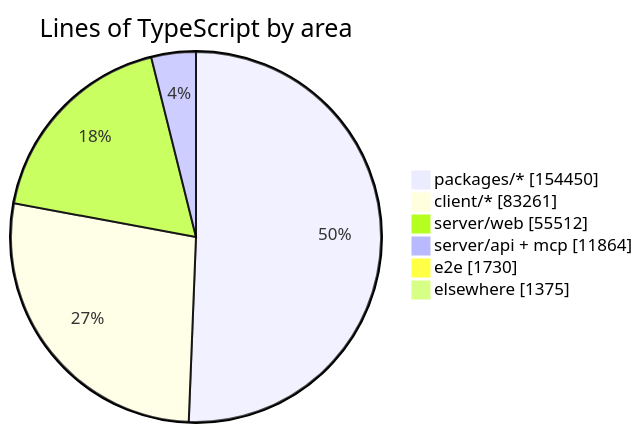
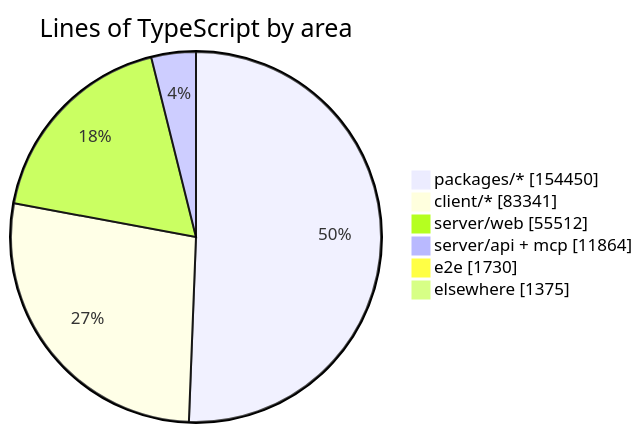
Before and after one commit to crossworks-engineering/mantle: the diagram in README.md, drawn with Mermaid. The commit also changed other lines of this file and 4 other files, not shown here.

````diff
--- a/README.md
+++ b/README.md
@@ -279,9 +279,9 @@
 ```mermaid
 pie showData title Lines of TypeScript by area
     "packages/*" : 154450
-    "client/*" : 83261
+    "client/*" : 83341
     "server/web" : 55512
     "server/api + mcp" : 11864
     "e2e" : 1730
     "elsewhere" : 1375
 ```
````
